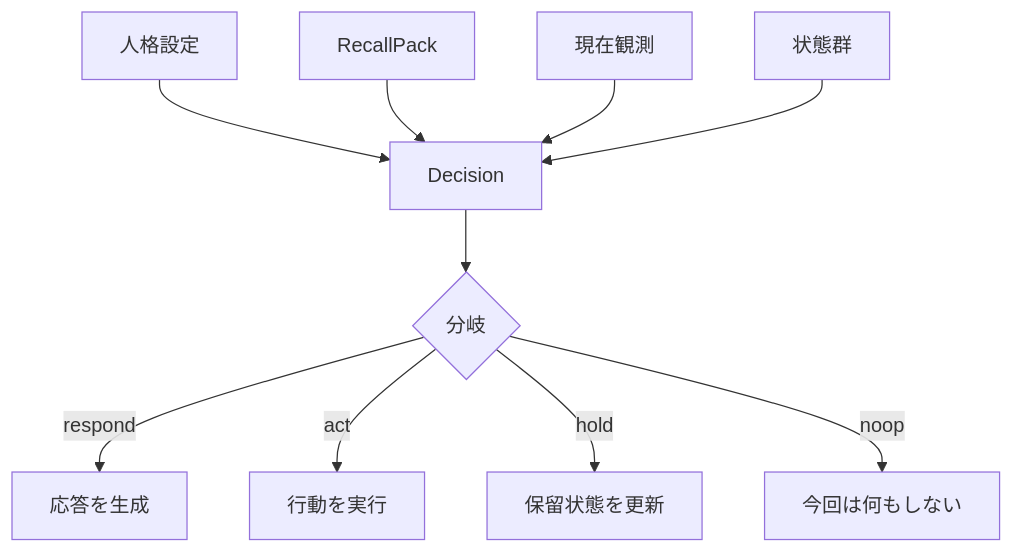
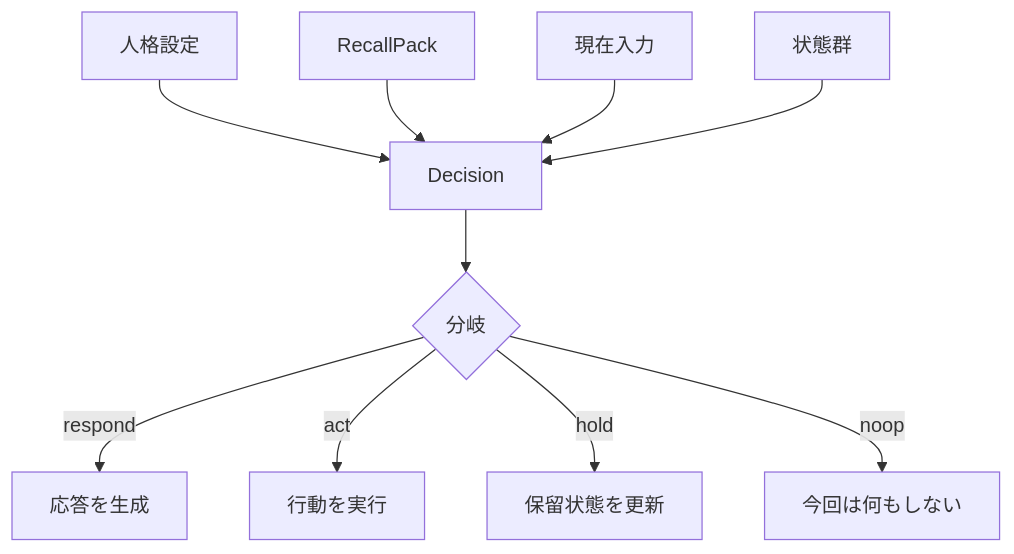
One commit to hirona98/OtomeKairo changed the third of 4 diagrams in docs/design/memory/05_想起と判断フロー図.md. Above: the diagram before and after it, drawn with Mermaid. The commit also changed other lines of this file and 36 other files, not shown here.

````diff
--- a/docs/design/memory/05_想起と判断フロー図.md
+++ b/docs/design/memory/05_想起と判断フロー図.md
@@ -166,14 +166,14 @@
 ```mermaid
 flowchart TD
     A[人格設定] --> E[Decision]
     B[RecallPack] --> E
-    C[現在観測] --> E
+    C[現在入力] --> E
     D[状態群] --> E
 
     E --> G{分岐}
 
     G -->|respond| H[応答を生成]
     G -->|act| I[行動を実行]
     G -->|hold| J[保留状態を更新]
     G -->|noop| K[今回は何もしない]
 ```
````
